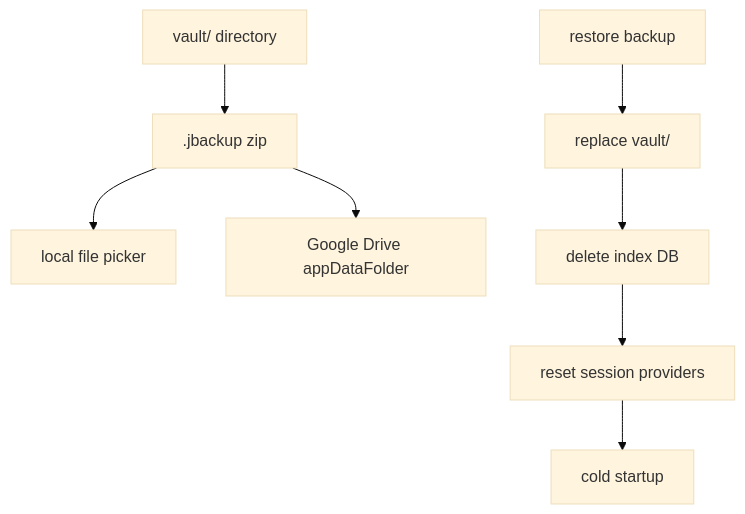
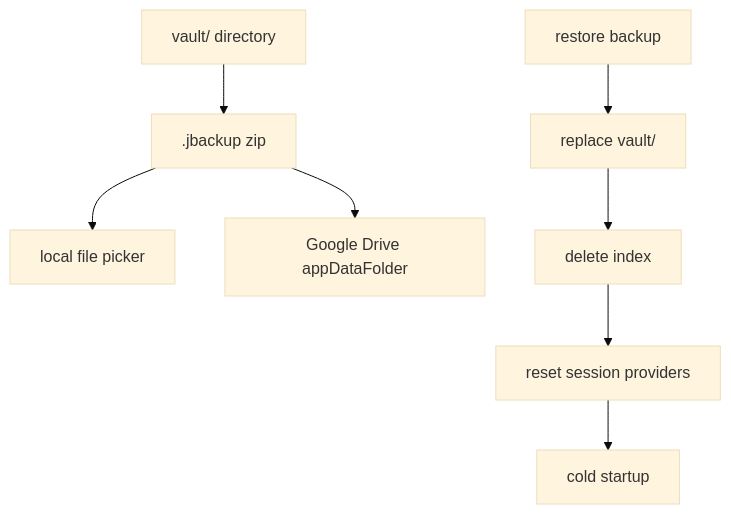
One commit to zack20136/quill-diary changed the diagram in docs/備份與還原.md. Above: the diagram before and after it, drawn with Mermaid (base theme). The commit also changed other lines of this file and 27 other files, not shown here.

````diff
--- a/docs/備份與還原.md
+++ b/docs/備份與還原.md
@@ -7,10 +7,10 @@
 ```mermaid
 flowchart TD
     vault[vault/ directory] --> zip[".jbackup zip"]
     zip --> local[local file picker]
     zip --> drive[Google Drive appDataFolder]
     restore[restore backup] --> replace[replace vault/]
-    replace --> wipeIndex[delete index DB]
+    replace --> wipeIndex[delete index]
     wipeIndex --> resetApp[reset session providers]
     resetApp --> startup[cold startup]
 ```
````
